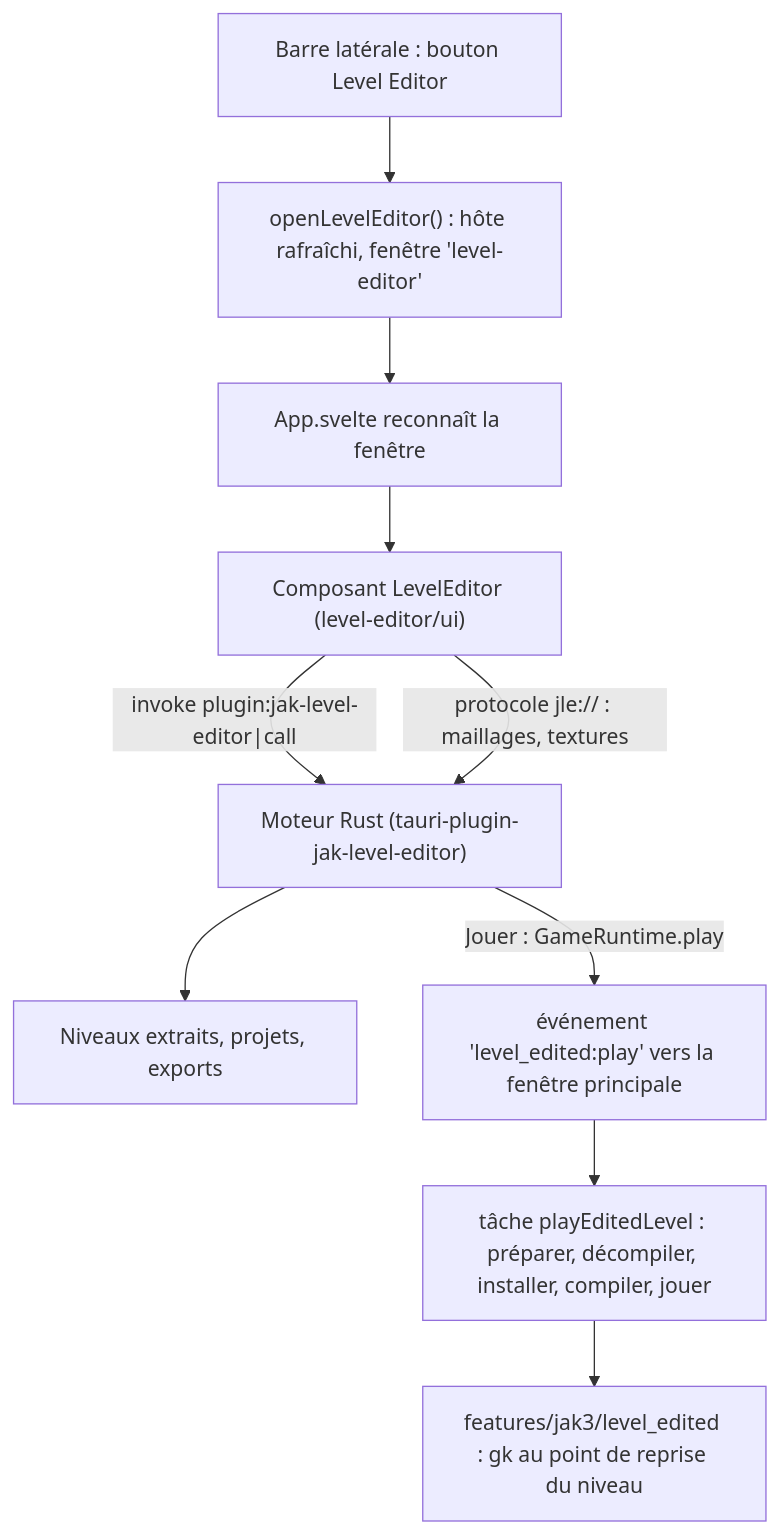
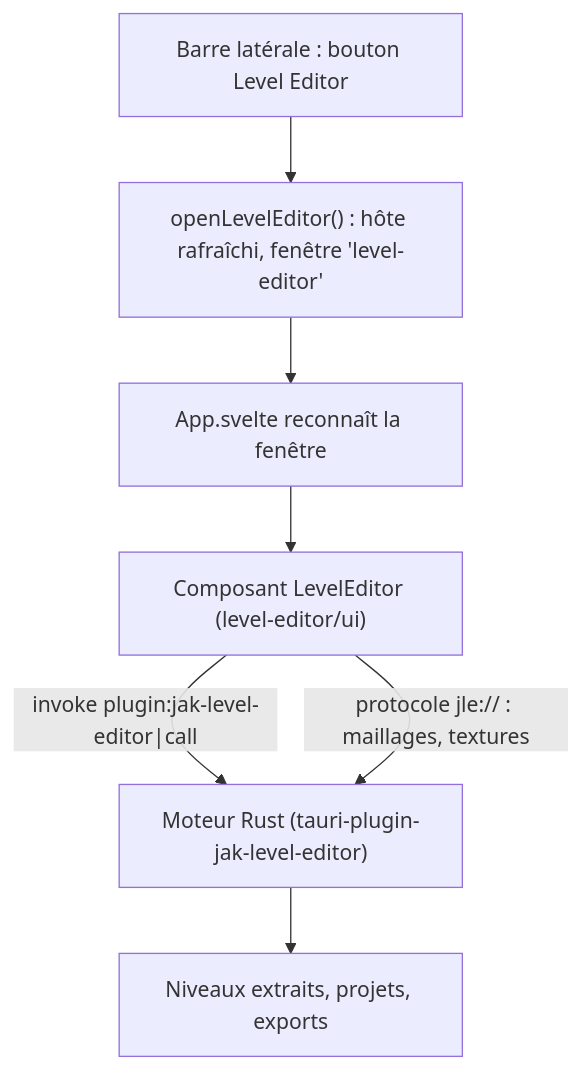
Before and after one commit to whozghiar/open-goal-launcher: the second of 2 diagrams in docs/features_ai/features_level_editor.md, drawn with Mermaid. The commit also changed other lines of this file and 17 other files, not shown here.

First line of the commit message:
feat: no Play for edited levels / plus de Jouer pour les niveaux édités (AI-assisted)

````diff
--- a/docs/features_ai/features_level_editor.md
+++ b/docs/features_ai/features_level_editor.md
@@ -387,12 +283,9 @@
 ```mermaid
 flowchart TD
   A["Barre latérale : bouton Level Editor"] --> B["openLevelEditor() : hôte rafraîchi, fenêtre 'level-editor'"]
   B --> C["App.svelte reconnaît la fenêtre"]
   C --> D["Composant LevelEditor (level-editor/ui)"]
   D -->|"invoke plugin:jak-level-editor|call"| E["Moteur Rust (tauri-plugin-jak-level-editor)"]
   D -->|"protocole jle:// : maillages, textures"| E
   E --> F["Niveaux extraits, projets, exports"]
-  E -->|"Jouer : GameRuntime.play"| G["événement 'level_edited:play' vers la fenêtre principale"]
-  G --> H["tâche playEditedLevel : préparer, décompiler, installer, compiler, jouer"]
-  H --> I["features/jak3/level_edited : gk au point de reprise du niveau"]
 ```
````
